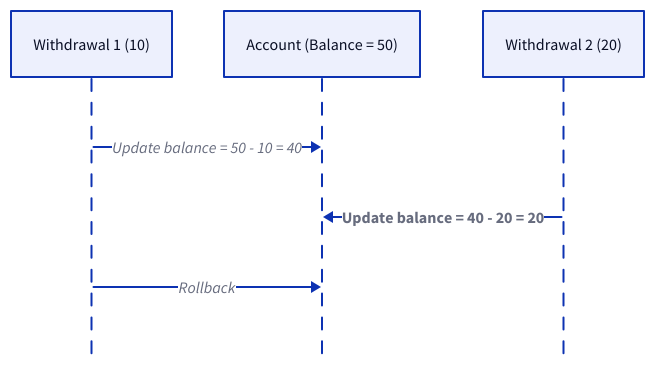
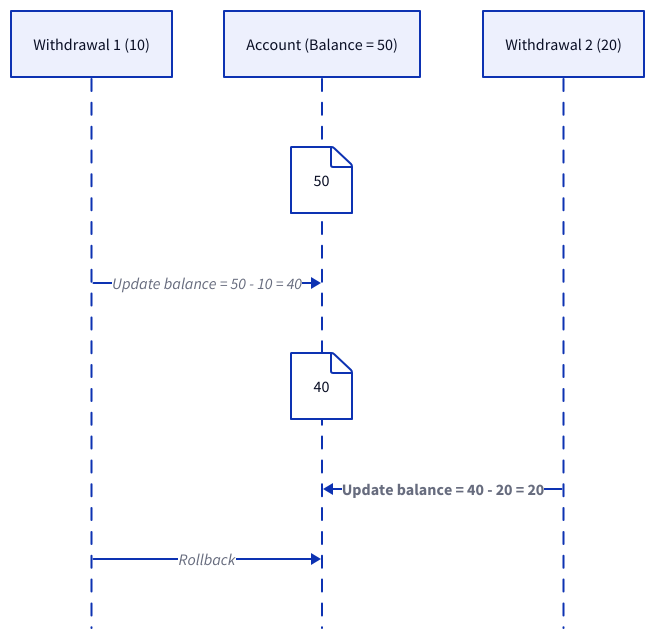
Before and after one commit to link1905/system-design-101: the eighth of 29 diagrams in content/docs/data-persistence/sql-database/concurrency-control.md, drawn with D2. The commit also changed other lines of this file and 49 other files, not shown here.

````diff
--- a/content/docs/data-persistence/sql-database/concurrency-control.md
+++ b/content/docs/data-persistence/sql-database/concurrency-control.md
@@ -275,14 +274,20 @@
 ```d2
 
 shape: sequence_diagram
 d: Withdrawal 1 (10)
 a: Account (Balance = 50)
 w: Withdrawal 2 (20)
+a {
+  "50"
+}
 d -> a: Update balance = 50 - 10 = 40
+a {
+  "40"
+}
 w -> a: Update balance = 40 - 20 = 20 {
     style.bold: true
 }
 d -> a: Rollback {
    class: error-conn
 }
 ```
````
